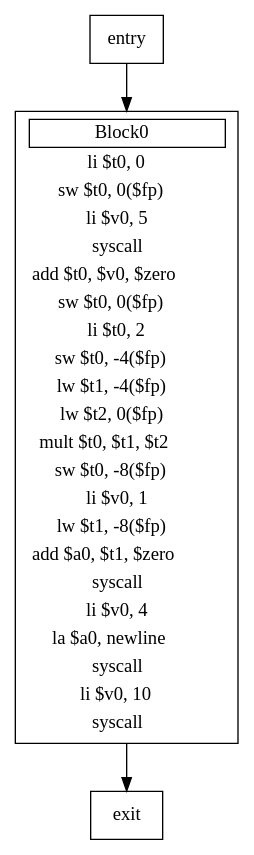
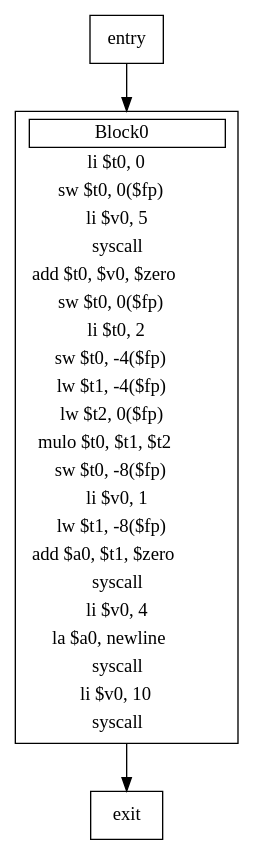
Before and after one commit to falexTorres/tl-compiler: the diagram in simple1.cfg.dot, drawn with Graphviz. The commit also changed 14 other files, not shown here.

```diff
--- a/simple1.cfg.dot
+++ b/simple1.cfg.dot
@@ -1,33 +1,33 @@
 digraph tl16ControlFlow {
    node [shape = box];
    edge [tailport = s];
    color="/x11/white"
    entry
    Block0 [label=<<TABLE ALIGN="LEFT" border="0">    <TR><TD border="1" colspan="3">Block0</TD></TR>
    <TR><TD>li $t0, 0</TD></TR>
    <TR><TD>sw $t0, 0($fp)</TD></TR>
    <TR><TD>li $v0, 5</TD></TR>
    <TR><TD>syscall</TD></TR>
    <TR><TD>add $t0, $v0, $zero</TD></TR>
    <TR><TD>sw $t0, 0($fp)</TD></TR>
    <TR><TD>li $t0, 2</TD></TR>
    <TR><TD>sw $t0, -4($fp)</TD></TR>
    <TR><TD>lw $t1, -4($fp)</TD></TR>
    <TR><TD>lw $t2, 0($fp)</TD></TR>
-   <TR><TD>mult $t0, $t1, $t2</TD></TR>
+   <TR><TD>mulo $t0, $t1, $t2</TD></TR>
    <TR><TD>sw $t0, -8($fp)</TD></TR>
    <TR><TD>li $v0, 1</TD></TR>
    <TR><TD>lw $t1, -8($fp)</TD></TR>
    <TR><TD>add $a0, $t1, $zero</TD></TR>
    <TR><TD>syscall</TD></TR>
    <TR><TD>li $v0, 4</TD></TR>
    <TR><TD>la $a0, newline</TD></TR>
    <TR><TD>syscall</TD></TR>
    <TR><TD>li $v0, 10</TD></TR>
    <TR><TD>syscall</TD></TR>
    </TABLE> >, ];
 
    entry -> Block0
    exit
    Block0 -> exit
 }
```
